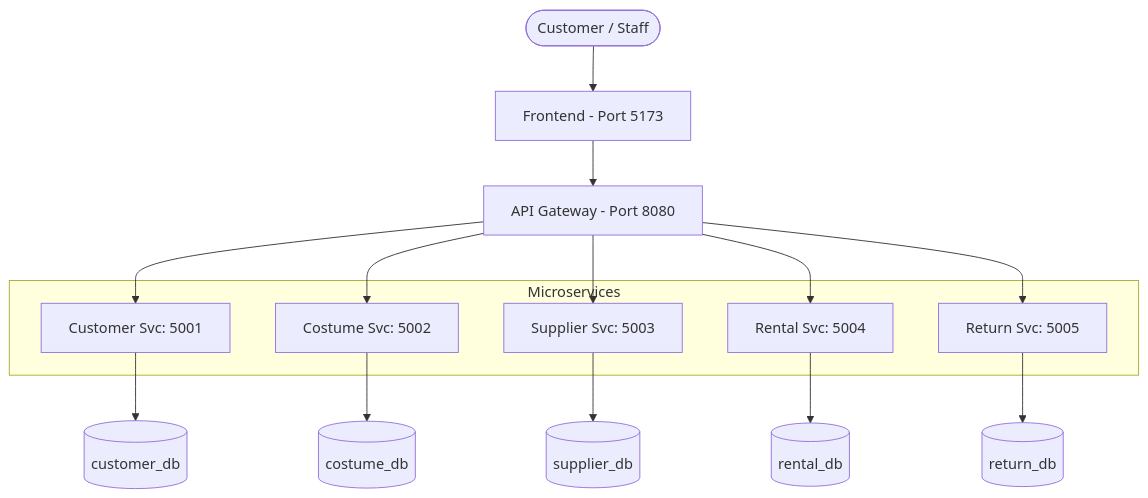
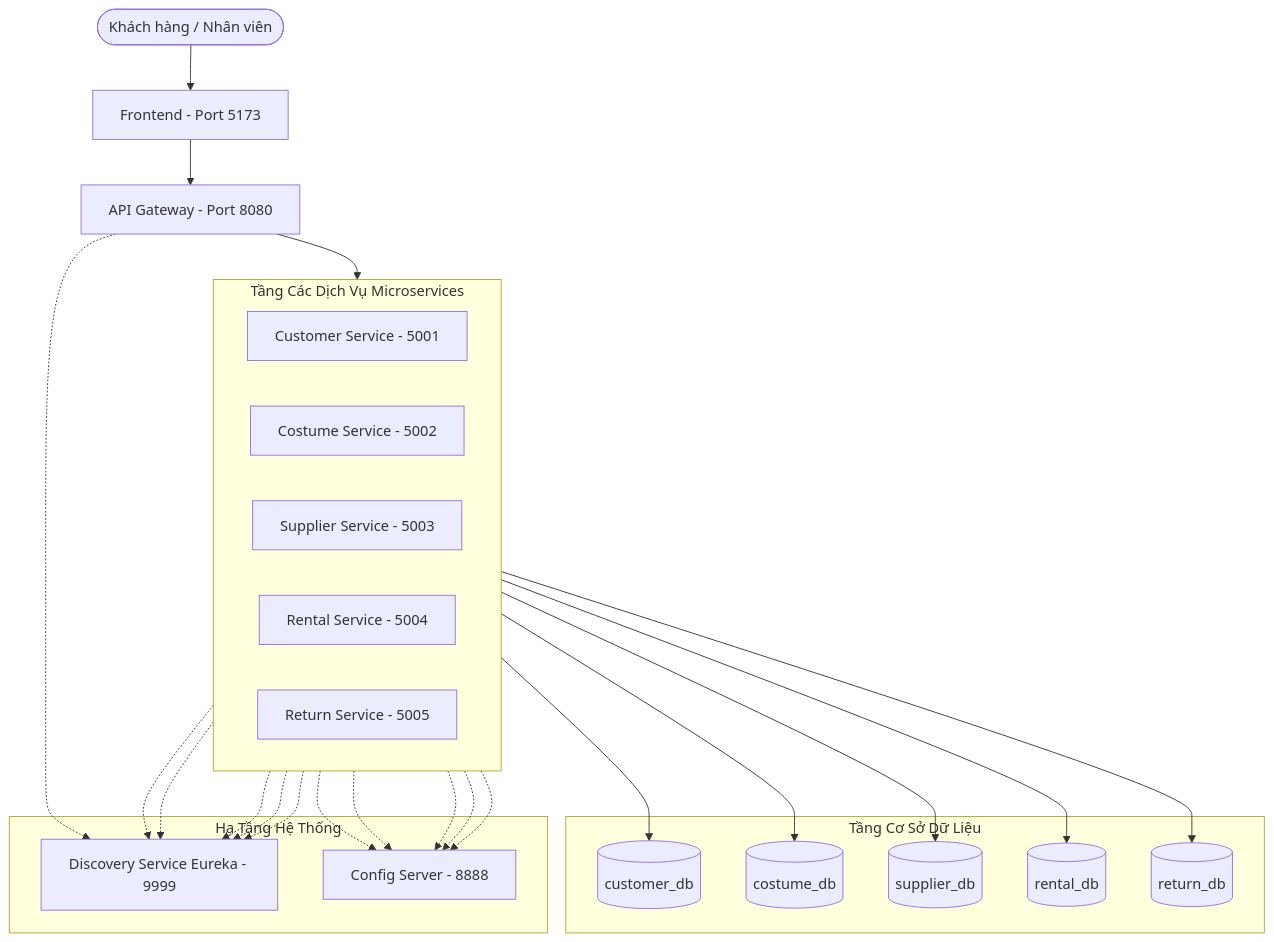
Before and after one commit to phduc9440/costume_rental: the first of 5 diagrams in README.md, drawn with Mermaid. The commit also changed other lines of this file, not shown here.

````diff
--- a/README.md
+++ b/README.md
@@ -34,21 +44,39 @@
 ```mermaid
 graph TD
-    User([Customer / Staff]) --> FE[Frontend - Port 5173]
+    User([Khách hàng / Nhân viên]) --> FE[Frontend - Port 5173]
     FE --> GW[API Gateway - Port 8080]
-
-    subgraph MS[Microservices]
-        S1[Customer Svc: 5001]
-        S2[Costume Svc: 5002]
-        S3[Supplier Svc: 5003]
-        S4[Rental Svc: 5004]
-        S5[Return Svc: 5005]
+    
+    subgraph Infrastructure[Hạ Tầng Hệ Thống]
+        Eureka[Discovery Service Eureka - 9999]
+        Config[Config Server - 8888]
     end
-
-    GW --> S1 & S2 & S3 & S4 & S5
-
-    S1 --> DB1[(customer_db)]
-    S2 --> DB2[(costume_db)]
-    S3 --> DB3[(supplier_db)]
-    S4 --> DB4[(rental_db)]
-    S5 --> DB5[(return_db)]
+    
+    GW -.-> Eureka
+    GW --> MS
+    
+    subgraph MS[Tầng Các Dịch Vụ Microservices]
+        direction LR
+        S1[Customer Service - 5001]
+        S2[Costume Service - 5002]
+        S3[Supplier Service - 5003]
+        S4[Rental Service - 5004]
+        S5[Return Service - 5005]
+    end
+    
+    S1 & S2 & S3 & S4 & S5 -.-> Eureka
+    S1 & S2 & S3 & S4 & S5 -.-> Config
+    
+    subgraph Data[Tầng Cơ Sở Dữ Liệu]
+        DB1[(customer_db)]
+        DB2[(costume_db)]
+        DB3[(supplier_db)]
+        DB4[(rental_db)]
+        DB5[(return_db)]
+    end
+    
+    S1 --> DB1
+    S2 --> DB2
+    S3 --> DB3
+    S4 --> DB4
+    S5 --> DB5
 ```
````
